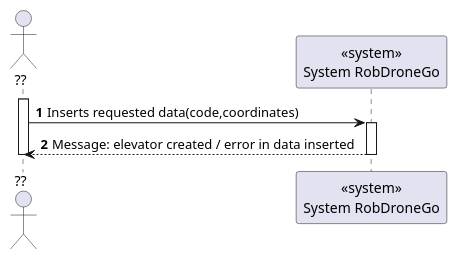
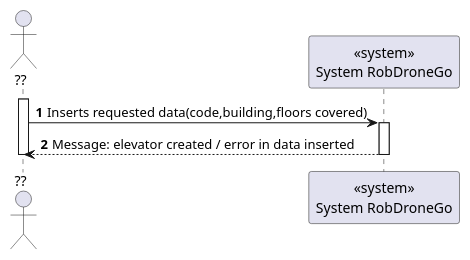
One commit to Departamento-de-Engenharia-Informatica/lapr5-23-24-g19 changed the diagram in docs/us270/level1/process_view.puml. Above: the diagram before and after it, drawn with PlantUML. The commit also changed 4 other files, not shown here.

```diff
--- a/docs/us270/level1/process_view.puml
+++ b/docs/us270/level1/process_view.puml
@@ -1,16 +1,16 @@
 @startuml
 autonumber
 
 actor "??" as actor
 participant "<<system>>\nSystem RobDroneGo" as sys
 
 activate actor
-    actor -> sys: Inserts requested data(code,coordinates)
+    actor -> sys: Inserts requested data(code,building,floors covered)
 
     activate sys
     sys --> actor : Message: elevator created / error in data inserted
     deactivate sys
 deactivate actor
 
 
 @enduml
```
